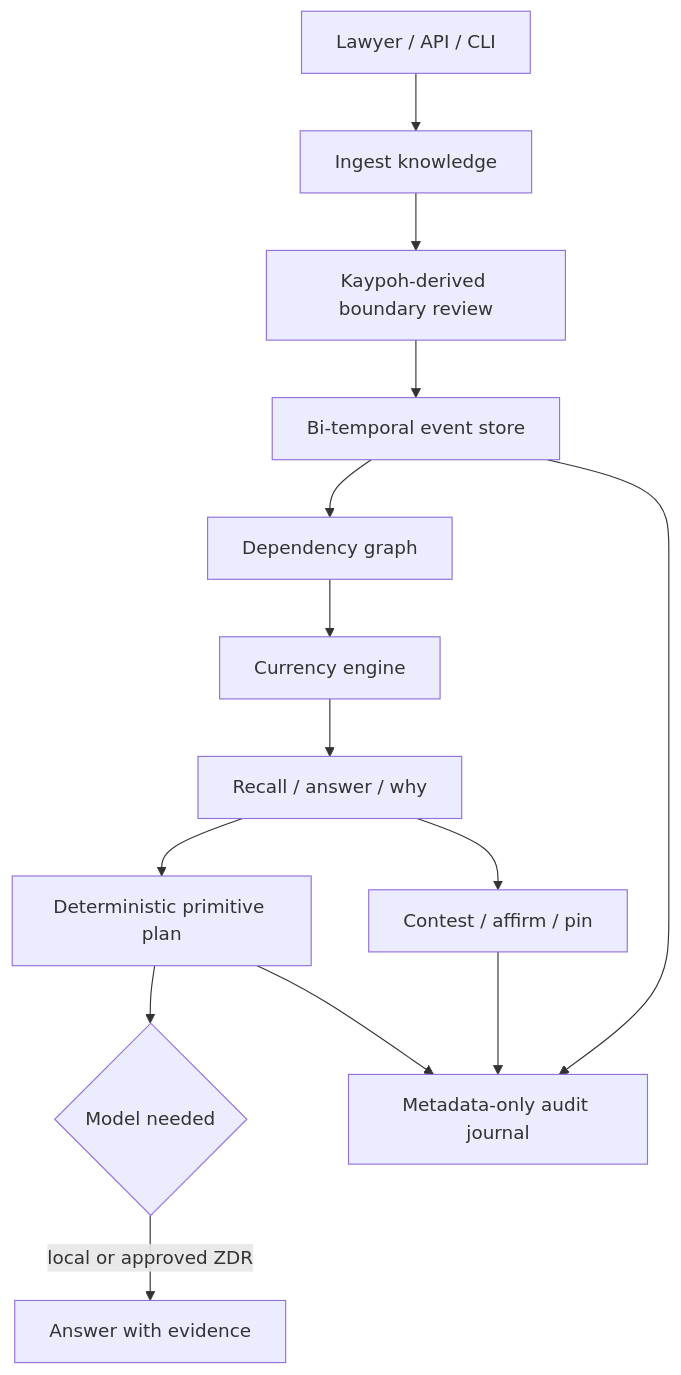
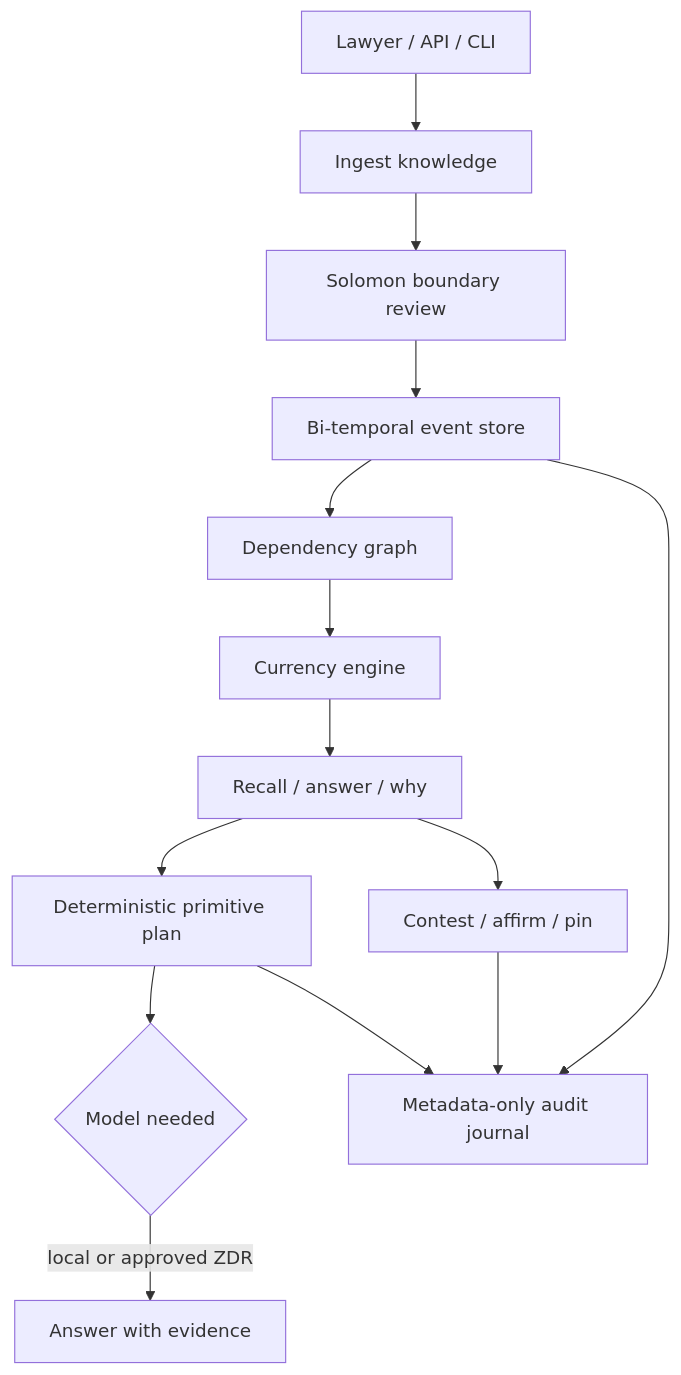
One commit to gongahkia/solomon changed the diagram in README.md. Above: the diagram before and after it, drawn with Mermaid. The commit also changed other lines of this file and 55 other files, not shown here.

````diff
--- a/README.md
+++ b/README.md
@@ -246,16 +246,16 @@
 ```mermaid
 flowchart TD
     Lawyer[Lawyer / API / CLI] --> Ingest[Ingest knowledge]
-    Ingest --> Boundary[Kaypoh-derived boundary review]
+    Ingest --> Boundary[Solomon boundary review]
     Boundary --> Store[Bi-temporal event store]
     Store --> Graph[Dependency graph]
     Graph --> Currency[Currency engine]
     Currency --> Recall[Recall / answer / why]
     Recall --> Plan[Deterministic primitive plan]
     Plan --> Model{Model needed}
     Model -->|local or approved ZDR| Answer[Answer with evidence]
     Recall --> Contest[Contest / affirm / pin]
     Store --> Audit[Metadata-only audit journal]
     Plan --> Audit
     Contest --> Audit
 ```
````
